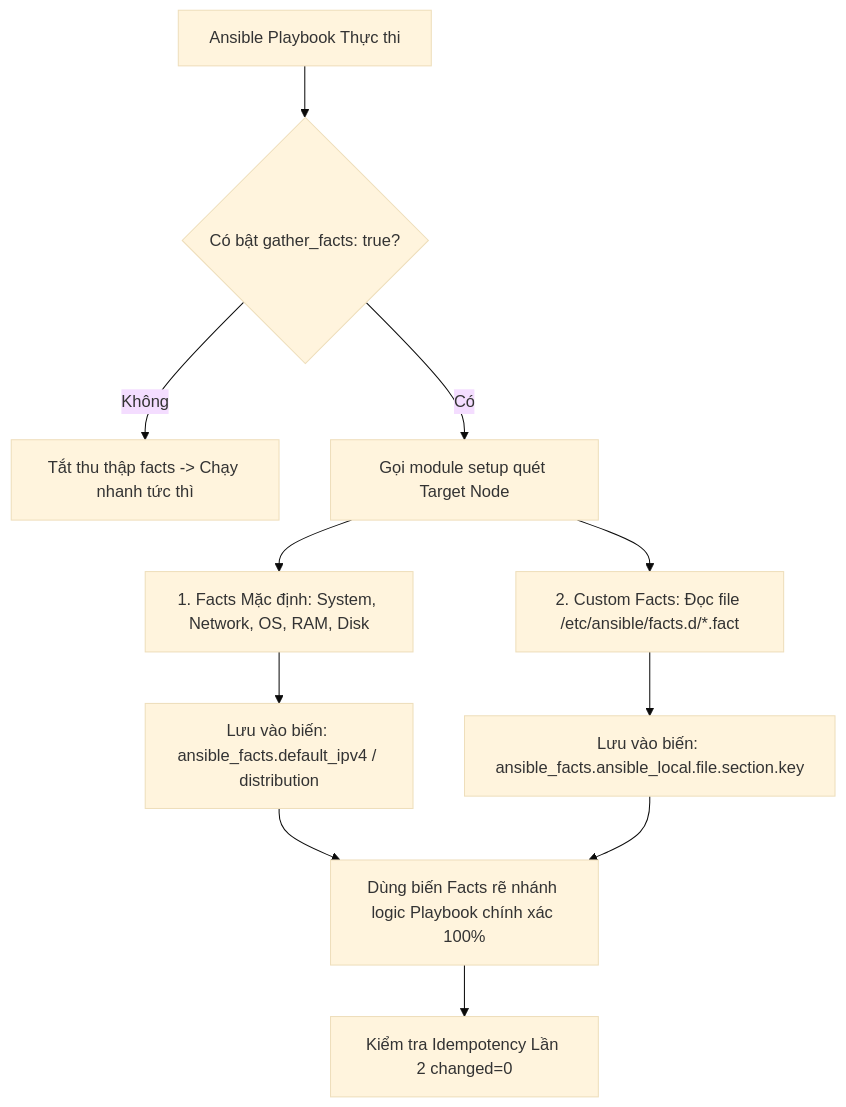
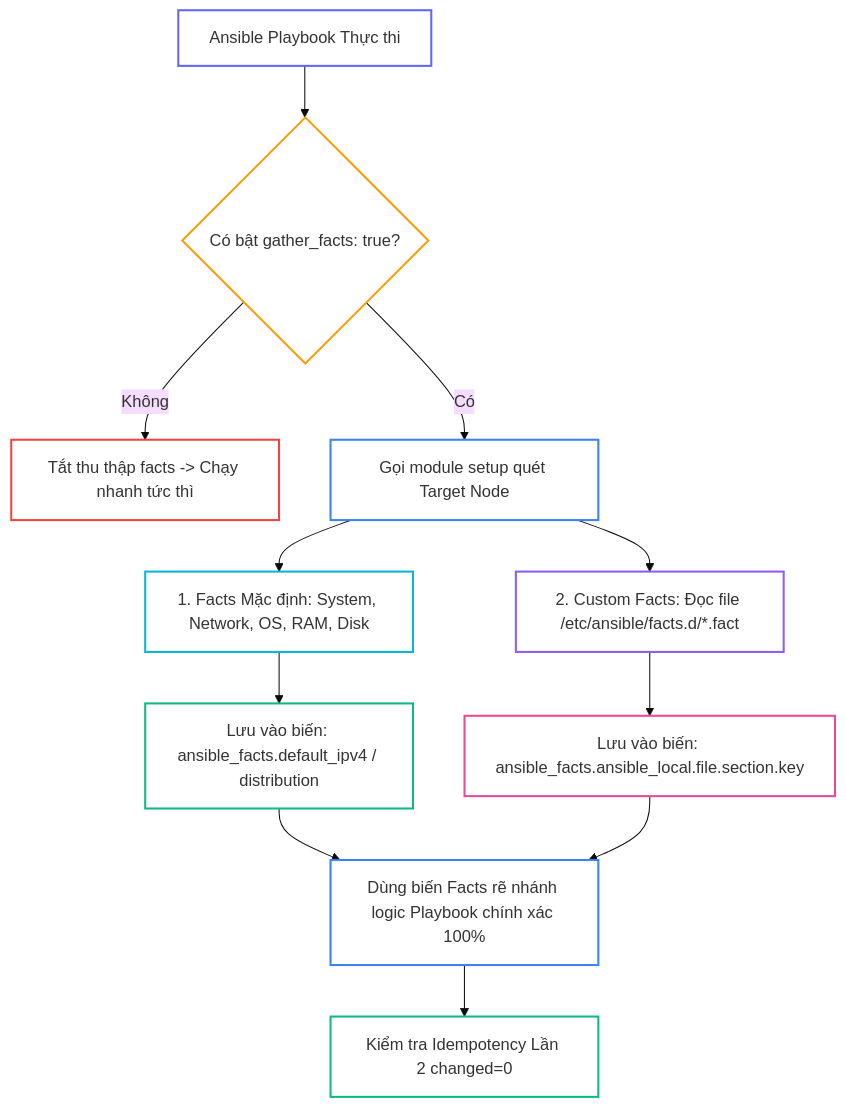
The second of 3 diagrams in _posts/2026-09-13-ansible-08-08-facts.md (kiennt308/ntk), drawn with Mermaid (base theme) before and after one commit. The commit also changed other lines of this file and 30 other files, not shown here.

````diff
--- a/_posts/2026-09-13-ansible-08-08-facts.md
+++ b/_posts/2026-09-13-ansible-08-08-facts.md
@@ -317,15 +326,26 @@
 ```mermaid
 flowchart TD
     A["Ansible Playbook Thực thi"] --> B{"Có bật gather_facts: true?"}
     B -->|"Không"| C["Tắt thu thập facts -> Chạy nhanh tức thì"]
     B -->|"Có"| D["Gọi module setup quét Target Node"]
     
     D --> E["1. Facts Mặc định: System, Network, OS, RAM, Disk"]
     D --> F["2. Custom Facts: Đọc file /etc/ansible/facts.d/*.fact"]
     
     E --> G["Lưu vào biến: ansible_facts.default_ipv4 / distribution"]
     F --> H["Lưu vào biến: ansible_facts.ansible_local.file.section.key"]
     
     G & H --> I["Dùng biến Facts rẽ nhánh logic Playbook chính xác 100%"]
     I --> J["Kiểm tra Idempotency Lần 2 changed=0"]
+
+    style A fill:none,stroke:#6366f1,stroke-width:2px
+    style B fill:none,stroke:#f59e0b,stroke-width:2px
+    style C fill:none,stroke:#ef4444,stroke-width:2px
+    style D fill:none,stroke:#3b82f6,stroke-width:2px
+    style E fill:none,stroke:#06b6d4,stroke-width:2px
+    style F fill:none,stroke:#8b5cf6,stroke-width:2px
+    style G fill:none,stroke:#10b981,stroke-width:2px
+    style H fill:none,stroke:#ec4899,stroke-width:2px
+    style I fill:none,stroke:#3b82f6,stroke-width:2px
+    style J fill:none,stroke:#10b981,stroke-width:2px
 ```
````
